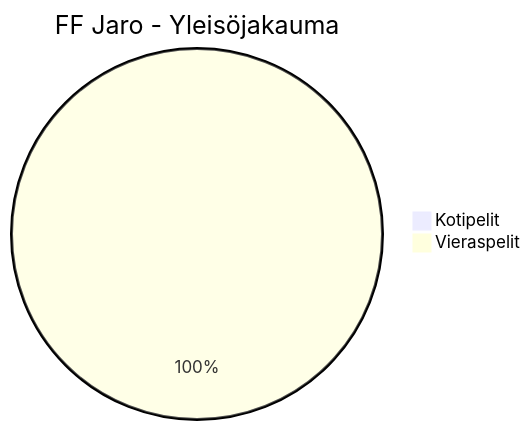
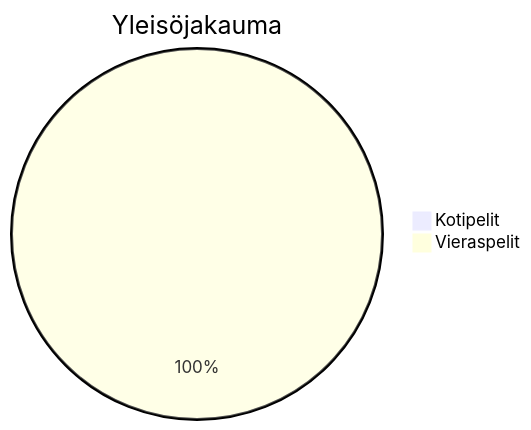
The tenth of 27 diagrams in Yleisö2025.md (Linux88888/Veikkausliiga2025), drawn with Mermaid before and after one commit. The commit also changed other lines of this file, not shown here.

````diff
--- a/Yleisö2025.md
+++ b/Yleisö2025.md
@@ -92,5 +90,5 @@
 ```mermaid
-pie title FF Jaro - Yleisöjakauma
+pie title Yleisöjakauma
     "Kotipelit" : 0
     "Vieraspelit" : 7250
 ```
````
